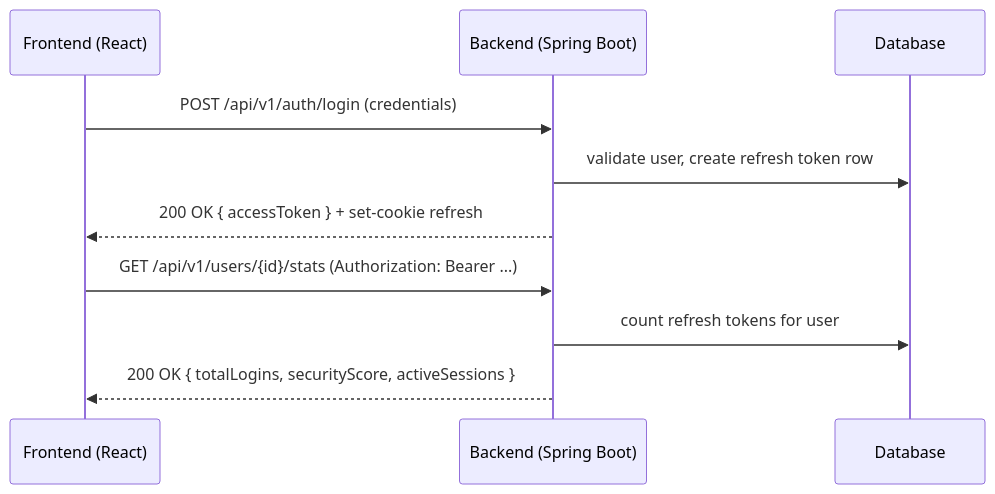
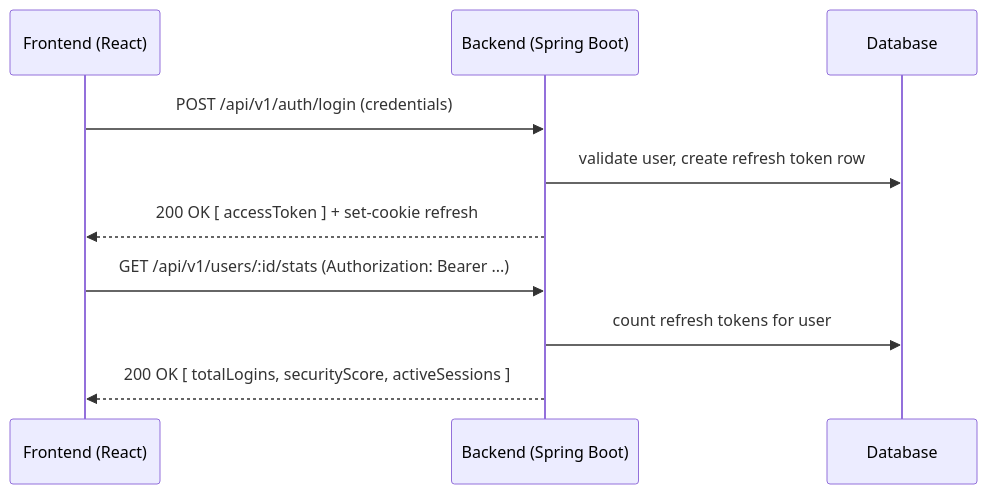
The first of 6 diagrams in README.md (Rahul-18r/Sprin-Auth-webApp), drawn with Mermaid before and after one commit. The commit also changed other lines of this file, not shown here.

First line of the commit message:
docs: fix mermaid diagram parsing errors in README

````diff
--- a/README.md
+++ b/README.md
@@ -105,13 +105,13 @@
 ```mermaid
 sequenceDiagram
     participant FE as Frontend (React)
     participant API as Backend (Spring Boot)
     participant DB as Database
 
     FE->>API: POST /api/v1/auth/login (credentials)
     API->>DB: validate user, create refresh token row
-    API-->>FE: 200 OK { accessToken } + set-cookie refresh
-    FE->>API: GET /api/v1/users/{id}/stats (Authorization: Bearer ...)
+    API-->>FE: 200 OK [ accessToken ] + set-cookie refresh
+    FE->>API: GET /api/v1/users/:id/stats (Authorization: Bearer ...)
     API->>DB: count refresh tokens for user
-    API-->>FE: 200 OK { totalLogins, securityScore, activeSessions }
+    API-->>FE: 200 OK [ totalLogins, securityScore, activeSessions ]
 ```
````
